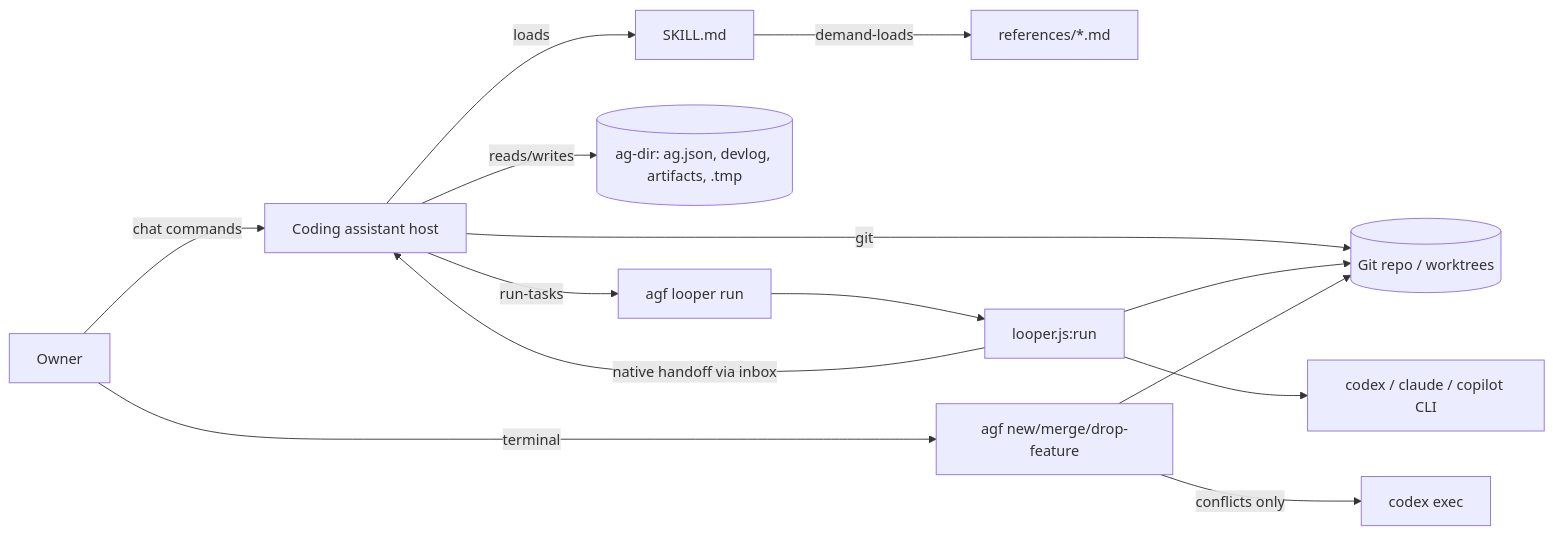
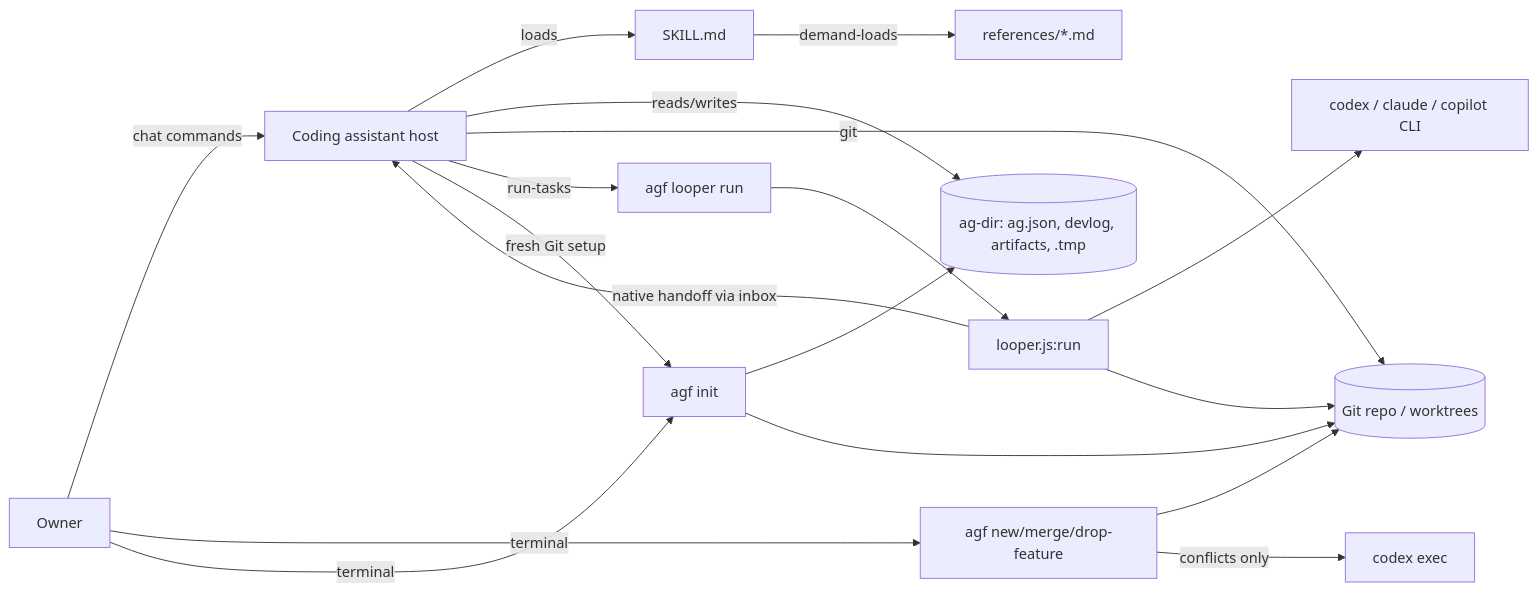
The diagram in docs/agent/ARCHITECTURE.md (ritalee-dino/agentflow), drawn with Mermaid before and after one commit. The commit also changed other lines of this file and 6 other files, not shown here.

Commit message:
docs: document Agentflow 9.1.2 standalone `agf init` in agent knowledge base

````diff
--- a/docs/agent/ARCHITECTURE.md
+++ b/docs/agent/ARCHITECTURE.md
@@ -10,16 +11,20 @@
 ```mermaid
 flowchart LR
   Owner -->|chat commands| Host[Coding assistant host]
   Host -->|loads| SKILL[SKILL.md]
   SKILL -->|demand-loads| Refs[references/*.md]
   Host -->|reads/writes| Records[(ag-dir: ag.json, devlog, artifacts, .tmp)]
   Host -->|git| Repo[(Git repo / worktrees)]
   Host -->|run-tasks| AGF[agf looper run]
   AGF --> Coord[looper.js:run]
   Coord --> Agents[codex / claude / copilot CLI]
   Coord -->|native handoff via inbox| Host
   Coord --> Repo
   Owner -->|terminal| FCLI[agf new/merge/drop-feature]
   FCLI --> Repo
   FCLI -->|conflicts only| Codex[codex exec]
+  Owner -->|terminal| INIT[agf init]
+  Host -->|fresh Git setup| INIT
+  INIT --> Records
+  INIT --> Repo
 ```
````
